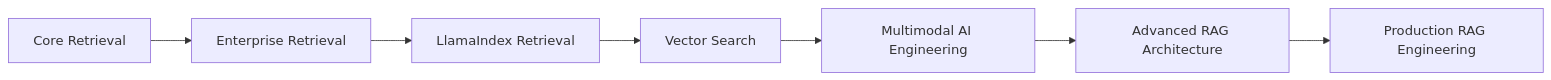
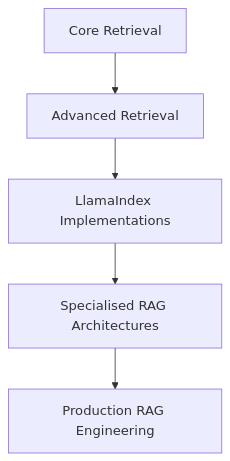
Before and after one commit to MihirKJha/enterprise-ai-engineering-handbook: the diagram in docs/05-advanced-retrieval-augmented-generation/index.md, drawn with Mermaid. The commit also changed other lines of this file and 7 other files, not shown here.

````diff
--- a/docs/05-advanced-retrieval-augmented-generation/index.md
+++ b/docs/05-advanced-retrieval-augmented-generation/index.md
@@ -320,9 +33,7 @@
 ```mermaid
-flowchart LR
-    A["Core Retrieval"] --> B["Enterprise Retrieval"]
-    B --> C["LlamaIndex Retrieval"]
-    C --> D["Vector Search"]
-    D --> E["Multimodal AI Engineering"]
-    E --> F["Advanced RAG Architecture"]
-    F --> G["Production RAG Engineering"]
+flowchart TD
+    A["Core Retrieval"] --> B["Advanced Retrieval"]
+    B --> C["LlamaIndex Implementations"]
+    C --> D["Specialised RAG Architectures"]
+    D --> E["Production RAG Engineering"]
 ```
````
